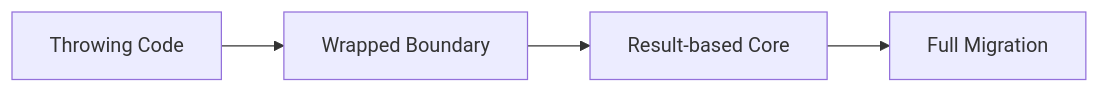
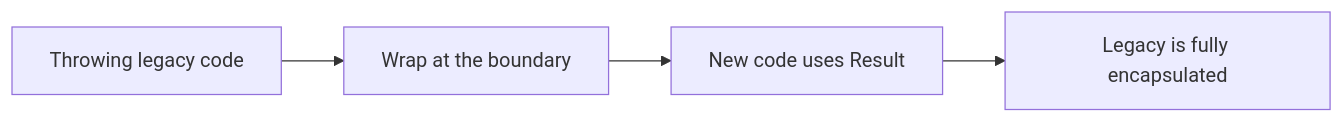
Before and after one commit to Almaju/blog: the fourth of 4 diagrams in content/docs/fundamentals/4-errors.mdx, drawn with Mermaid. The commit also changed other lines of this file and 5 other files, not shown here.

````diff
--- a/content/docs/fundamentals/4-errors.mdx
+++ b/content/docs/fundamentals/4-errors.mdx
@@ -501,11 +476,11 @@
 ```mermaid
 graph LR
-    A[Throwing Code] --> B[Wrapped Boundary]
-    B --> C[Result-based Core]
-    C --> D[Full Migration]
-    
+    A[Throwing legacy code] --> B[Wrap at the boundary]
+    B --> C[New code uses Result]
+    C --> D[Legacy is fully encapsulated]
+
     class A red
     class B orange
     class C yellow
     class D green
 ```
````
